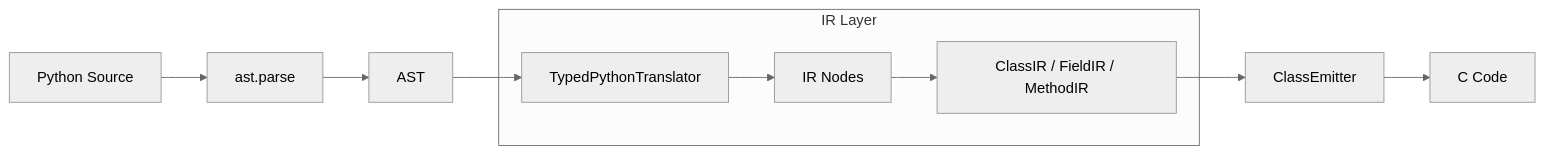
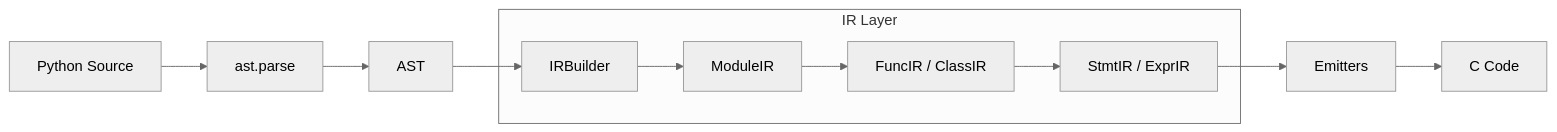
One commit to anhlt/mypyc-micropython changed the first of 6 diagrams in docs/08-ir-design.md. Above: the diagram before and after it, drawn with Mermaid (neutral theme). The commit also changed other lines of this file and 11 other files, not shown here.

First line of the commit message:
Refactor compiler to full IR pipeline architecture

````diff
--- a/docs/08-ir-design.md
+++ b/docs/08-ir-design.md
@@ -16,12 +16,13 @@
 ```mermaid
 graph LR
     A[Python Source] --> B[ast.parse]
     B --> C[AST]
-    C --> D[TypedPythonTranslator]
+    C --> D[IRBuilder]
     subgraph "IR Layer"
-    D --> E[IR Nodes]
-    E --> F[ClassIR / FieldIR / MethodIR]
+    D --> E[ModuleIR]
+    E --> F[FuncIR / ClassIR]
+    F --> G[StmtIR / ExprIR]
     end
-    F --> G[ClassEmitter]
-    G --> H[C Code]
+    G --> H[Emitters]
+    H --> I[C Code]
 ```
````
